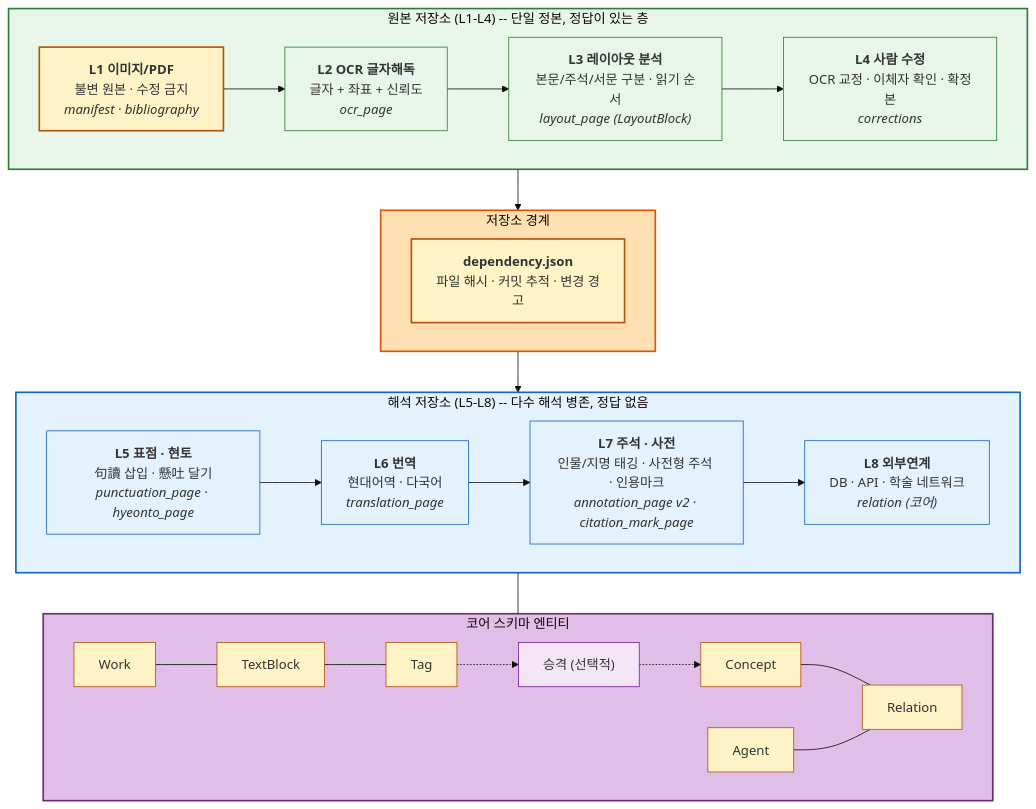
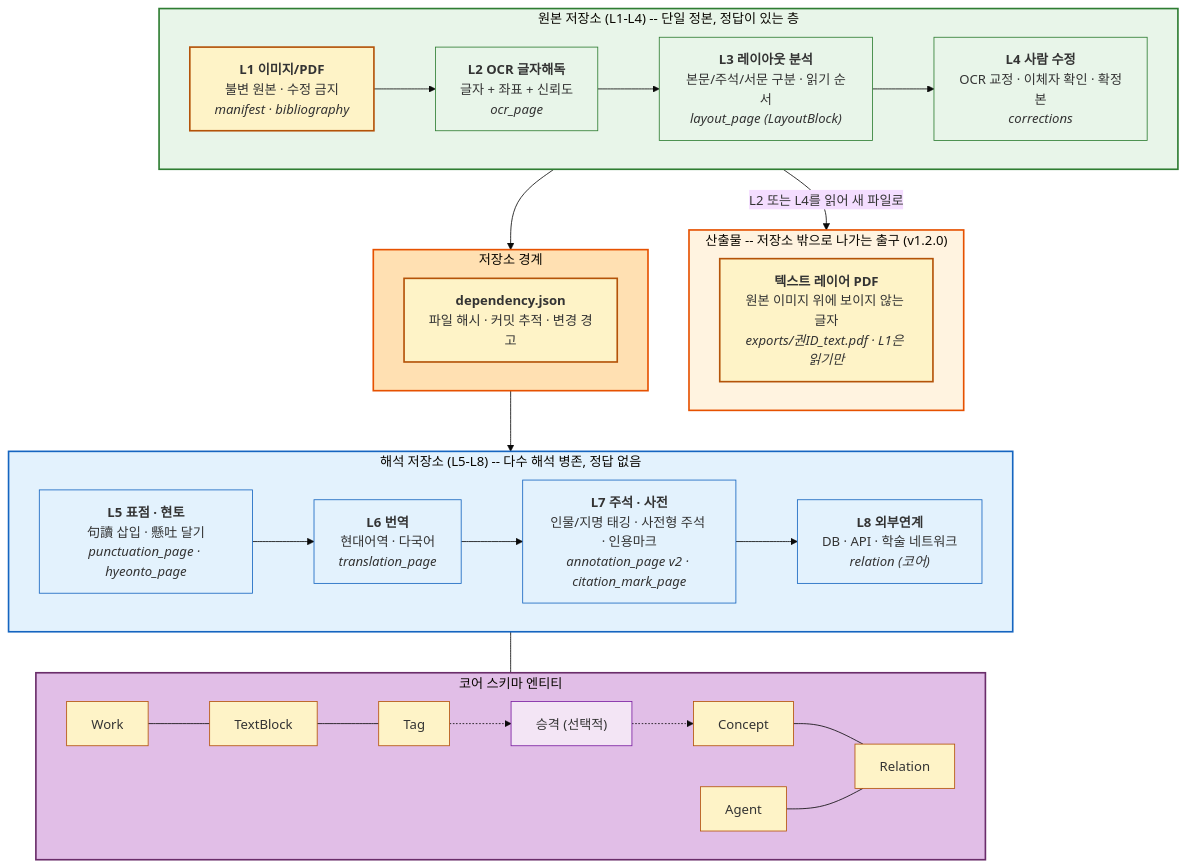
One commit to hw725/classical-text-browser changed the first of 13 diagrams in docs/architecture-diagrams.md. Above: the diagram before and after it, drawn with Mermaid (base theme). The commit also changed other lines of this file and 4 other files, not shown here.

First line of the commit message:
docs: README를 허브로 개편 + 아키텍처 다이어그램 v1.2.0 갱신

````diff
--- a/docs/architecture-diagrams.md
+++ b/docs/architecture-diagrams.md
@@ -24,62 +32,69 @@
 ```mermaid
 flowchart TB
     subgraph SOURCE["원본 저장소 (L1-L4) -- 단일 정본, 정답이 있는 층"]
         direction LR
         L1["<b>L1 이미지/PDF</b><br/>불변 원본 · 수정 금지<br/><i>manifest · bibliography</i>"]
         L2["<b>L2 OCR 글자해독</b><br/>글자 + 좌표 + 신뢰도<br/><i>ocr_page</i>"]
         L3["<b>L3 레이아웃 분석</b><br/>본문/주석/서문 구분 · 읽기 순서<br/><i>layout_page (LayoutBlock)</i>"]
         L4["<b>L4 사람 수정</b><br/>OCR 교정 · 이체자 확인 · 확정본<br/><i>corrections</i>"]
         L1 --> L2 --> L3 --> L4
+    end
+
+    subgraph OUT["산출물 -- 저장소 밖으로 나가는 출구 (v1.2.0)"]
+        EXPDF["<b>텍스트 레이어 PDF</b><br/>원본 이미지 위에 보이지 않는 글자<br/><i>exports/권ID_text.pdf · L1은 읽기만</i>"]
     end
 
     subgraph BOUNDARY["저장소 경계"]
         DEP["<b>dependency.json</b><br/>파일 해시 · 커밋 추적 · 변경 경고"]
     end
 
     subgraph INTERP["해석 저장소 (L5-L8) -- 다수 해석 병존, 정답 없음"]
         direction LR
         L5["<b>L5 표점 · 현토</b><br/>句讀 삽입 · 懸吐 달기<br/><i>punctuation_page · hyeonto_page</i>"]
         L6["<b>L6 번역</b><br/>현대어역 · 다국어<br/><i>translation_page</i>"]
         L7["<b>L7 주석 · 사전</b><br/>인물/지명 태깅 · 사전형 주석 · 인용마크<br/><i>annotation_page v2 · citation_mark_page</i>"]
         L8["<b>L8 외부연계</b><br/>DB · API · 학술 네트워크<br/><i>relation (코어)</i>"]
         L5 --> L6 --> L7 --> L8
     end
 
     subgraph CORE["코어 스키마 엔티티"]
         Work["Work"]
         TextBlock["TextBlock"]
         Tag["Tag"]
         PROMO["승격 (선택적)"]
         Concept["Concept"]
         Agent["Agent"]
         Relation["Relation"]
         Work --- TextBlock --- Tag
         Tag -.-> PROMO -.-> Concept
         Concept --- Relation
         Agent --- Relation
     end
 
     SOURCE --> BOUNDARY --> INTERP
     INTERP --- CORE
+    SOURCE -->|"L2 또는 L4를 읽어 새 파일로"| OUT
 
+    style OUT fill:#fff3e0,stroke:#e65100,stroke-width:2px
+    style EXPDF fill:#fef3c7,stroke:#b45309,stroke-width:2px
     style SOURCE fill:#e8f5e9,stroke:#2e7d32,stroke-width:2px
     style L1 fill:#fef3c7,stroke:#b45309,stroke-width:2px
     style L2 fill:#e8f5e9,stroke:#2e7d32
     style L3 fill:#e8f5e9,stroke:#2e7d32
     style L4 fill:#e8f5e9,stroke:#2e7d32
     style BOUNDARY fill:#ffe0b2,stroke:#e65100,stroke-width:2px
     style DEP fill:#fef3c7,stroke:#b45309,stroke-width:2px
     style INTERP fill:#e3f2fd,stroke:#1565c0,stroke-width:2px
     style L5 fill:#e3f2fd,stroke:#1565c0
     style L6 fill:#e3f2fd,stroke:#1565c0
     style L7 fill:#e3f2fd,stroke:#1565c0
     style L8 fill:#e3f2fd,stroke:#1565c0
     style CORE fill:#e1bee7,stroke:#6a2d6a,stroke-width:2px
     style Work fill:#fef3c7,stroke:#b45309
     style TextBlock fill:#fef3c7,stroke:#b45309
     style Tag fill:#fef3c7,stroke:#b45309
     style Concept fill:#fef3c7,stroke:#b45309
     style Agent fill:#fef3c7,stroke:#b45309
     style Relation fill:#fef3c7,stroke:#b45309
     style PROMO fill:#f3e5f5,stroke:#7b1fa2
 ```
````
